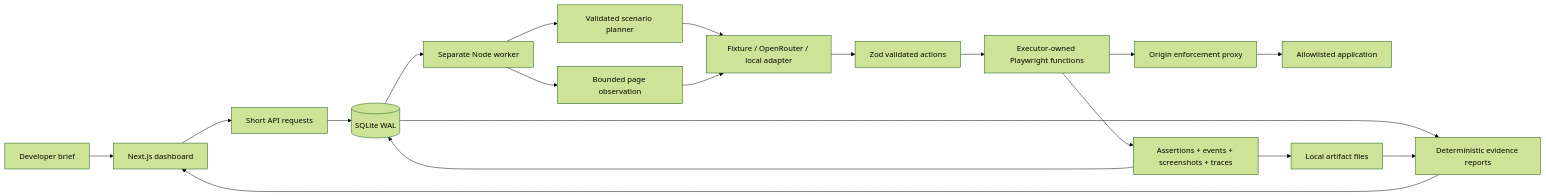
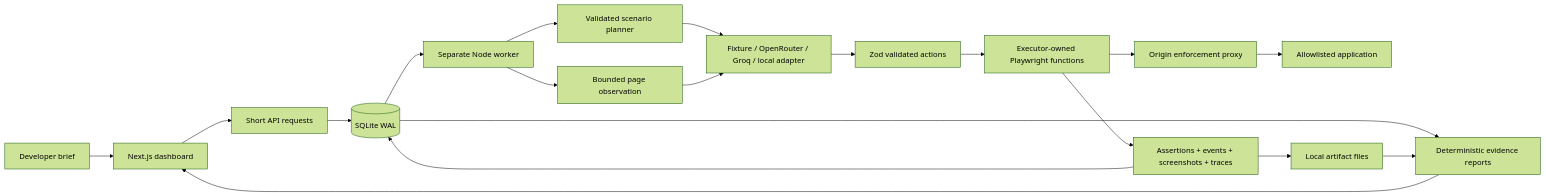
One commit to Rohan-Saxena644/ProofPack changed the diagram in README.md. Above: the diagram before and after it, drawn with Mermaid (forest theme). The commit also changed other lines of this file and 17 other files, not shown here.

````diff
--- a/README.md
+++ b/README.md
@@ -59,21 +59,21 @@
 ```mermaid
 flowchart LR
   User[Developer brief] --> UI[Next.js dashboard]
   UI --> API[Short API requests]
   API --> DB[(SQLite WAL)]
   DB --> Worker[Separate Node worker]
   Worker --> Planner[Validated scenario planner]
-  Planner --> Adapter[Fixture / OpenRouter / local adapter]
+  Planner --> Adapter[Fixture / OpenRouter / Groq / local adapter]
   Worker --> Observe[Bounded page observation]
   Observe --> Adapter
   Adapter --> Actions[Zod validated actions]
   Actions --> Browser[Executor-owned Playwright functions]
   Browser --> Proxy[Origin enforcement proxy]
   Proxy --> Target[Allowlisted application]
   Browser --> Ledger[Assertions + events + screenshots + traces]
   Ledger --> DB
   Ledger --> Disk[Local artifact files]
   DB --> Reports[Deterministic evidence reports]
   Disk --> Reports
   Reports --> UI
 ```
````
